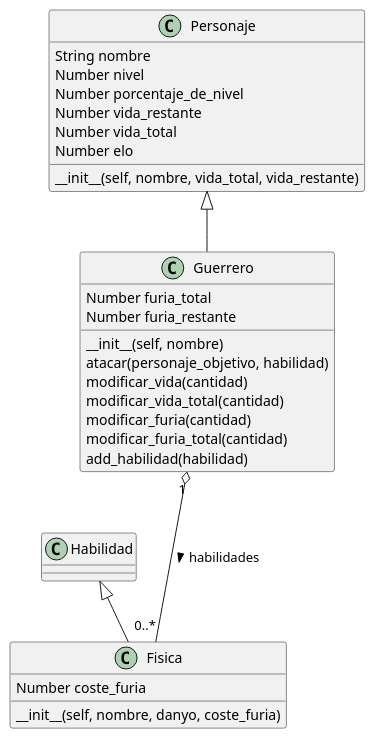
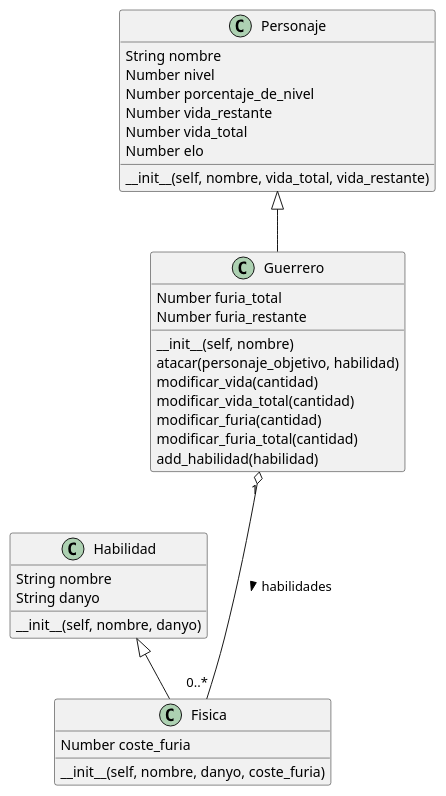
The diagram in DiagramaClasesGuerrero.puml (manelme/alan-game), drawn with PlantUML before and after one commit. The commit also changed 13 other files, not shown here.

```diff
--- a/DiagramaClasesGuerrero.puml
+++ b/DiagramaClasesGuerrero.puml
@@ -1,39 +1,43 @@
 @startuml DiagramaClases
 
 
 Guerrero "1" o--- "0..*" Fisica: habilidades >
 
 
 Personaje <|-- Guerrero
 
 
 Habilidad <|-- Fisica
 
 
 class Personaje {
     String nombre
     Number nivel
     Number porcentaje_de_nivel
     Number vida_restante
     Number vida_total
     Number elo
     __init__(self, nombre, vida_total, vida_restante)
 }
 class Guerrero{
     Number furia_total
     Number furia_restante
     __init__(self, nombre)
     atacar(personaje_objetivo, habilidad)
     modificar_vida(cantidad)
     modificar_vida_total(cantidad)
     modificar_furia(cantidad)
     modificar_furia_total(cantidad)
     add_habilidad(habilidad)
 }
-
+class Habilidad{
+    String nombre
+    String danyo
+    __init__(self, nombre, danyo)
+}
 class Fisica{
     Number coste_furia
     __init__(self, nombre, danyo, coste_furia)
 }
 
 @enduml
```
